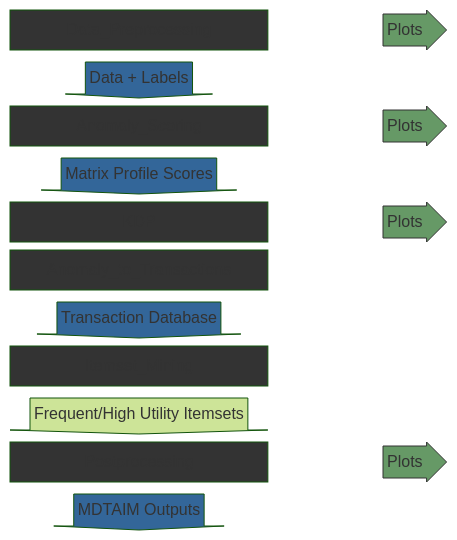
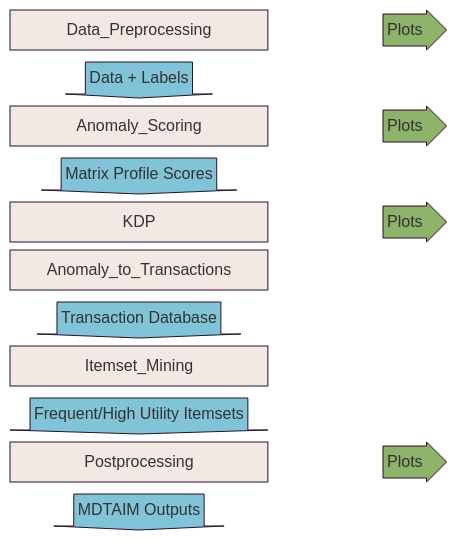
One commit to ArmanBehkish/MDTAIM changed the diagram in README.md. Above: the diagram before and after it, drawn with Mermaid (forest theme).

Commit message:
readme diag col

````diff
--- a/README.md
+++ b/README.md
@@ -39,26 +39,26 @@
 ```mermaid
 block-beta
   columns 4
   Data_Preprocessing
   blockArrowId1<["Plots"]>(right) space space  
   blockArrowId2<["Data + Labels"]>(down)   space space space  
   Anomaly_Scoring
   blockArrowId3<["Plots"]>(right) space space 
   blockArrowId4<["Matrix Profile Scores"]>(down) space space space 
   KDP
   blockArrowId5<["Plots"]>(right) space space 
   Anomaly_to_Transactions space space space 
   blockArrowId7<["Transaction Database"]>(down) space space space 
   Itemset_Mining space space space 
   blockArrowId8<["Frequent/High Utility Itemsets"]>(down) space space space 
   Postprocessing
   blockArrowId9<["Plots"]>(right) space space  
   blockArrowId10<["MDTAIM Outputs"]>(down) space space space 
 
-  classDef rightarrow fill:#696,stroke:#333;
-  classDef mainblocks fill:#333333;
-  classDef downarrow fill:#369;
+  classDef rightarrow fill:#8cb369,stroke:#28112b;
+  classDef mainblocks fill:#f2e9e4,stroke:#28112b;
+  classDef downarrow fill:#81c3d7,stroke:#28112b;
   class blockArrowId1,blockArrowId5,blockArrowId3,blockArrowId9 rightarrow
   class Data_Preprocessing,Anomaly_Scoring,KDP,Anomaly_to_Transactions,Itemset_Mining,Postprocessing  mainblocks
-  class blockArrowId2,blockArrowId4,blockArrowId7,blockArrowId10 downarrow
+  class blockArrowId2,blockArrowId4,blockArrowId7,blockArrowId8,blockArrowId10 downarrow
 ```
````
